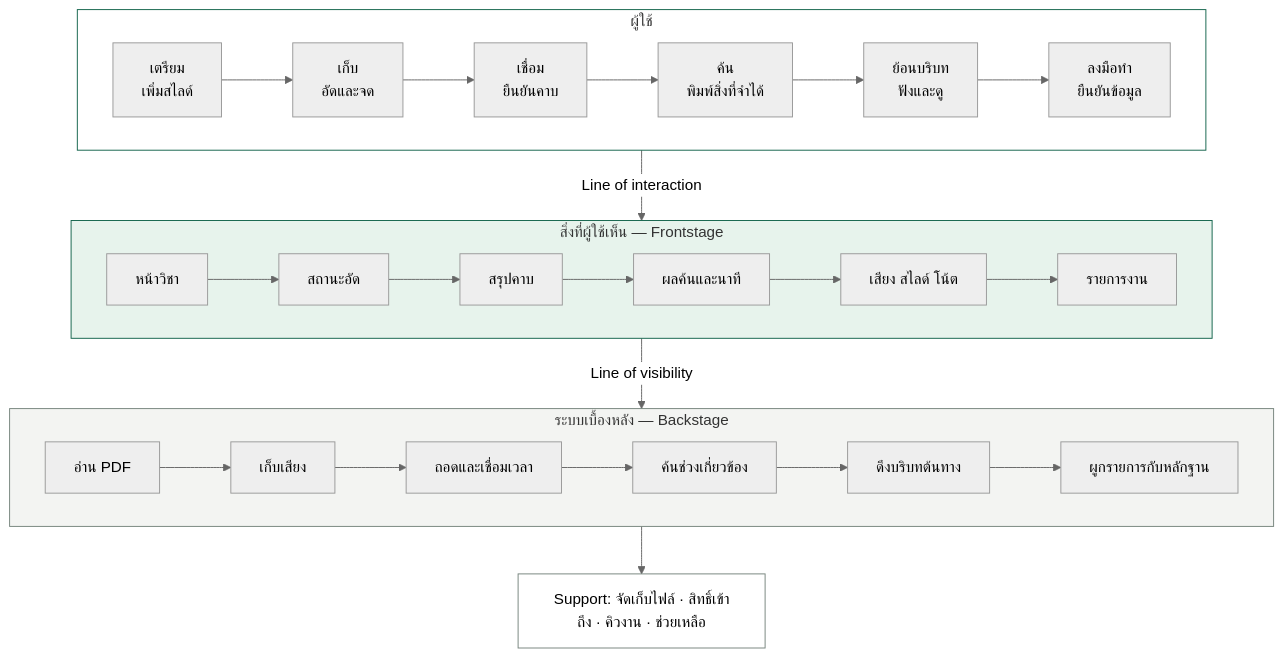
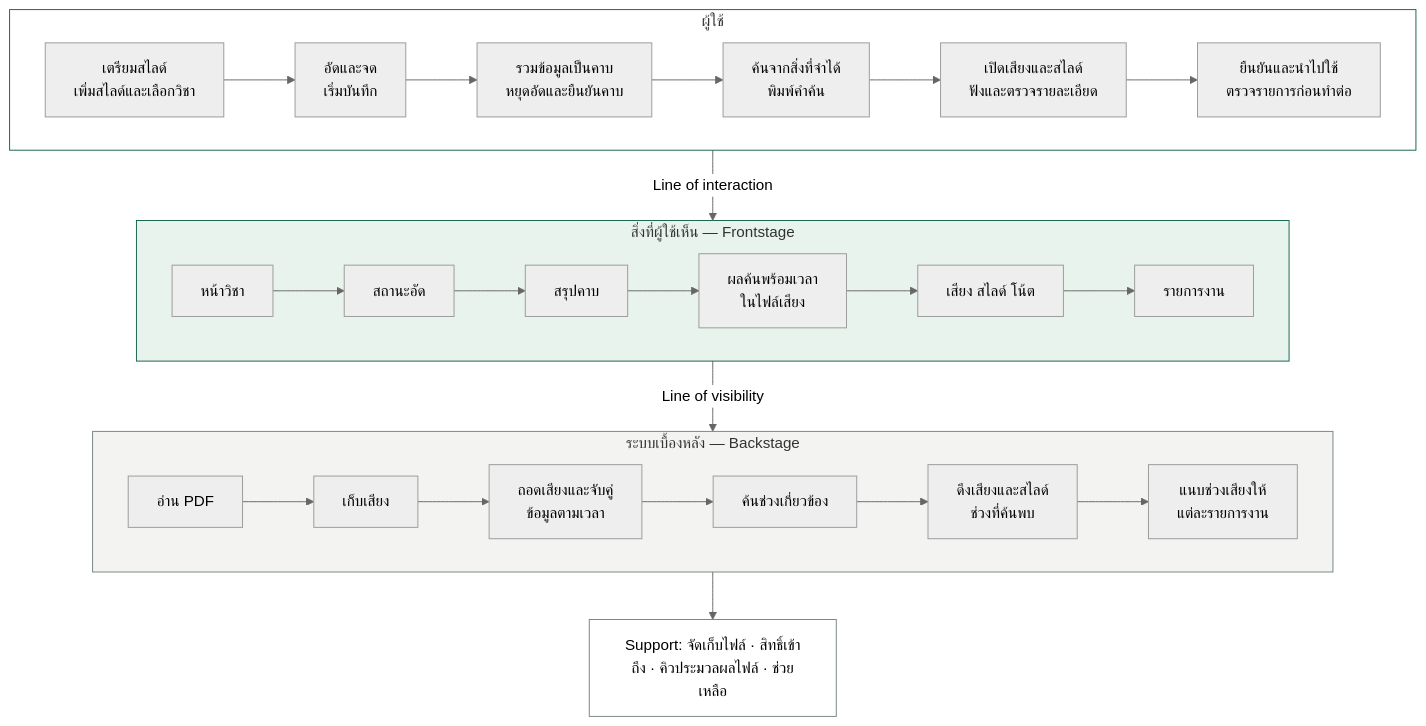
Before and after one commit to uhactuallyidk/sherlock-presentation-plan: the diagram in SHERLOCK_20_SLIDE_REVISION_PLAN_TH.md, drawn with Mermaid (neutral theme). The commit also changed other lines of this file and 1 other file, not shown here.

Commit message:
Clarify Sherlock slide copy and workflow diagrams

````diff
--- a/SHERLOCK_20_SLIDE_REVISION_PLAN_TH.md
+++ b/SHERLOCK_20_SLIDE_REVISION_PLAN_TH.md
@@ -396,22 +404,22 @@
 ```mermaid
 flowchart TB
     subgraph USER["ผู้ใช้"]
         direction LR
-        U0["เตรียม<br/>เพิ่มสไลด์"] --> U1["เก็บ<br/>อัดและจด"] --> U2["เชื่อม<br/>ยืนยันคาบ"] --> U3["ค้น<br/>พิมพ์สิ่งที่จำได้"] --> U4["ย้อนบริบท<br/>ฟังและดู"] --> U5["ลงมือทำ<br/>ยืนยันข้อมูล"]
+        U0["เตรียมสไลด์<br/>เพิ่มสไลด์และเลือกวิชา"] --> U1["อัดและจด<br/>เริ่มบันทึก"] --> U2["รวมข้อมูลเป็นคาบ<br/>หยุดอัดและยืนยันคาบ"] --> U3["ค้นจากสิ่งที่จำได้<br/>พิมพ์คำค้น"] --> U4["เปิดเสียงและสไลด์<br/>ฟังและตรวจรายละเอียด"] --> U5["ยืนยันและนำไปใช้<br/>ตรวจรายการก่อนทำต่อ"]
     end
     subgraph FRONT["สิ่งที่ผู้ใช้เห็น — Frontstage"]
         direction LR
-        F0["หน้าวิชา"] --> F1["สถานะอัด"] --> F2["สรุปคาบ"] --> F3["ผลค้นและนาที"] --> F4["เสียง สไลด์ โน้ต"] --> F5["รายการงาน"]
+        F0["หน้าวิชา"] --> F1["สถานะอัด"] --> F2["สรุปคาบ"] --> F3["ผลค้นพร้อมเวลา<br/>ในไฟล์เสียง"] --> F4["เสียง สไลด์ โน้ต"] --> F5["รายการงาน"]
     end
     subgraph BACK["ระบบเบื้องหลัง — Backstage"]
         direction LR
-        B0["อ่าน PDF"] --> B1["เก็บเสียง"] --> B2["ถอดและเชื่อมเวลา"] --> B3["ค้นช่วงเกี่ยวข้อง"] --> B4["ดึงบริบทต้นทาง"] --> B5["ผูกรายการกับหลักฐาน"]
+        B0["อ่าน PDF"] --> B1["เก็บเสียง"] --> B2["ถอดเสียงและจับคู่<br/>ข้อมูลตามเวลา"] --> B3["ค้นช่วงเกี่ยวข้อง"] --> B4["ดึงเสียงและสไลด์<br/>ช่วงที่ค้นพบ"] --> B5["แนบช่วงเสียงให้<br/>แต่ละรายการงาน"]
     end
     USER -->|"Line of interaction"| FRONT
     FRONT -->|"Line of visibility"| BACK
-    BACK --> SUPPORT["Support: จัดเก็บไฟล์ · สิทธิ์เข้าถึง · คิวงาน · ช่วยเหลือ"]
+    BACK --> SUPPORT["Support: จัดเก็บไฟล์ · สิทธิ์เข้าถึง · คิวประมวลผลไฟล์ · ช่วยเหลือ"]
     style USER fill:#ffffff,stroke:#12634b
     style FRONT fill:#e7f3ec,stroke:#12634b
     style BACK fill:#f3f4f2,stroke:#76847d
     style SUPPORT fill:#ffffff,stroke:#76847d
 ```
````
